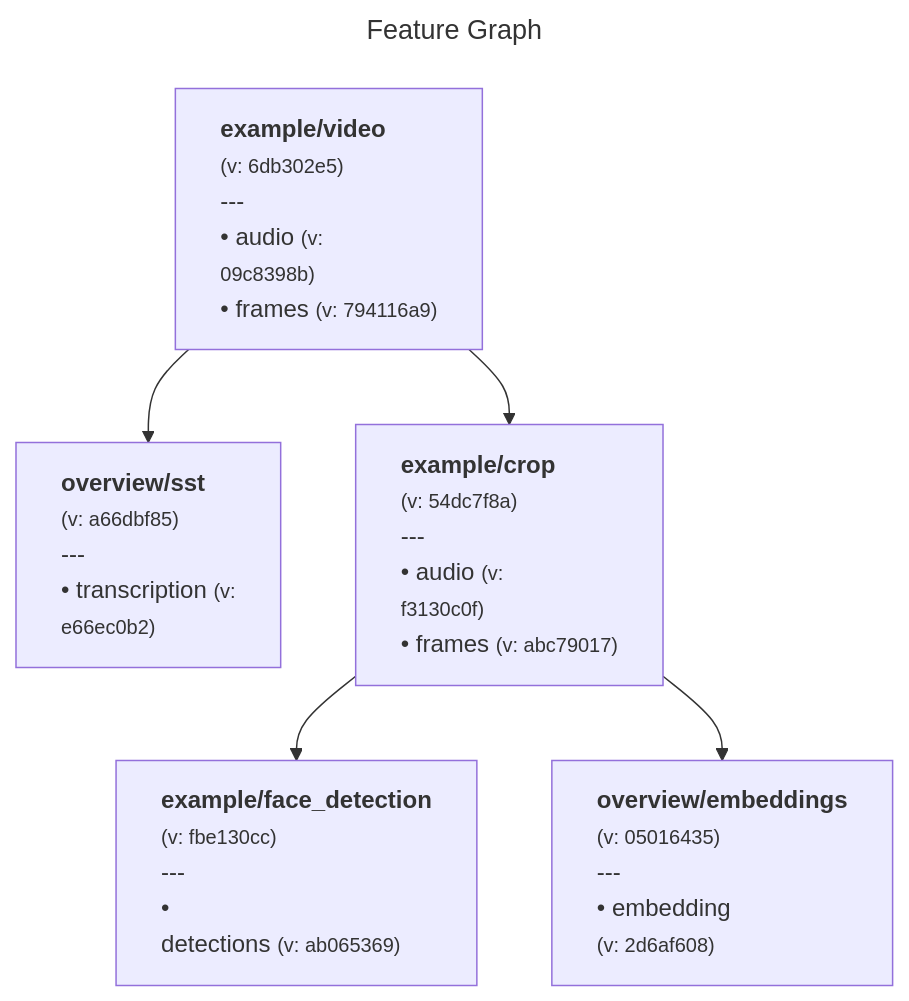
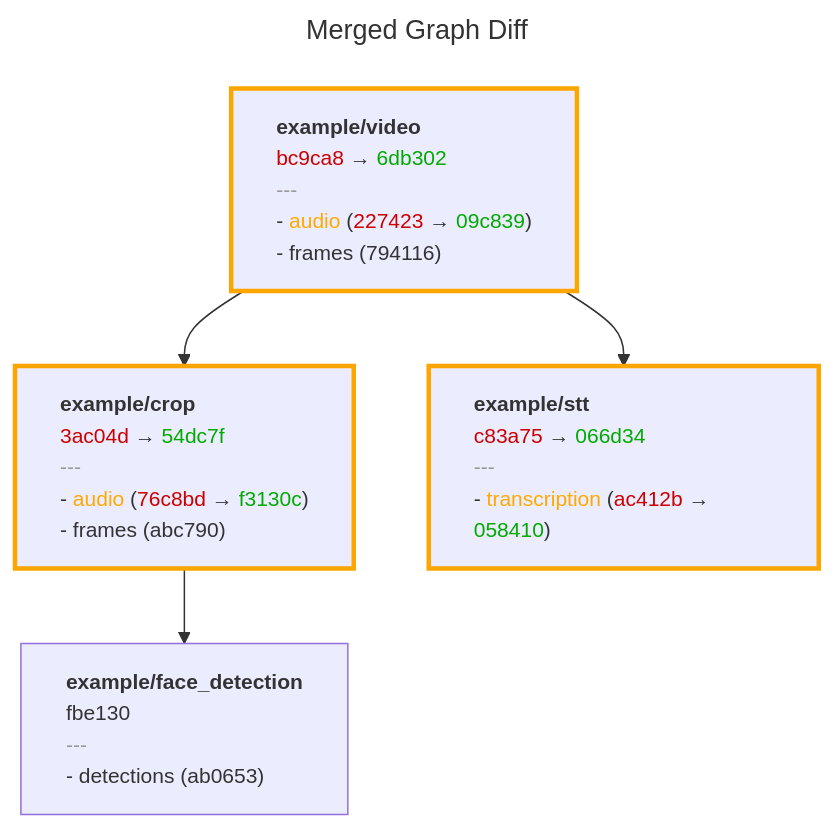
The second of 2 diagrams in README.md (anam-org/metaxy), drawn with Mermaid before and after one commit. The commit also changed other lines of this file and 12 other files, not shown here.

Commit message:
render graph diff

````diff
--- a/README.md
+++ b/README.md
@@ -189,21 +178,19 @@
 ```mermaid
 ---
-title: Feature Graph
+title: Merged Graph Diff
 ---
 flowchart TB
-    %% Snapshot version: f55ef3f1
-        example_video["<div style="text-align:left"><b>example/video</b><br/><small>(v: 6db302e5)</small><br/>---<br/>• audio <small>(v:
-09c8398b)</small><br/>• frames <small>(v: 794116a9)</small></div>"]
-        overview_sst["<div style="text-align:left"><b>overview/sst</b><br/><small>(v: a66dbf85)</small><br/>---<br/>• transcription <small>(v:
-e66ec0b2)</small></div>"]
-        example_crop["<div style="text-align:left"><b>example/crop</b><br/><small>(v: 54dc7f8a)</small><br/>---<br/>• audio <small>(v:
-f3130c0f)</small><br/>• frames <small>(v: abc79017)</small></div>"]
-        overview_embeddings["<div style="text-align:left"><b>overview/embeddings</b><br/><small>(v: 05016435)</small><br/>---<br/>• embedding
-<small>(v: 2d6af608)</small></div>"]
-        example_face_detection["<div style="text-align:left"><b>example/face_detection</b><br/><small>(v: fbe130cc)</small><br/>---<br/>•
-detections <small>(v: ab065369)</small></div>"]
-        example_video --> example_crop
-        example_crop --> example_face_detection
-        example_video --> overview_sst
-        example_crop --> overview_embeddings
+    %%{init: {'flowchart': {'htmlLabels': true, 'curve': 'basis'}, 'themeVariables': {'fontSize': '14px'}}}%%
+
+    example_video["<div style="text-align:left"><b>example/video</b><br/><font color="#CC0000">bc9ca8</font> → <font color="#00AA00">6db302</font><br/><font color="#999">---</font><br/>- <font color="#FFAA00">audio</font> (<font color="#CC0000">227423</font> → <font color="#00AA00">09c839</font>)<br/>- frames (794116)</div>"]
+    style example_video stroke:#FFA500,stroke-width:3px
+    example_crop["<div style="text-align:left"><b>example/crop</b><br/><font color="#CC0000">3ac04d</font> → <font color="#00AA00">54dc7f</font><br/><font color="#999">---</font><br/>- <font color="#FFAA00">audio</font> (<font color="#CC0000">76c8bd</font> → <font color="#00AA00">f3130c</font>)<br/>- frames (abc790)</div>"]
+    style example_crop stroke:#FFA500,stroke-width:3px
+    example_face_detection["<div style="text-align:left"><b>example/face_detection</b><br/>fbe130<br/><font color="#999">---</font><br/>- detections (ab0653)</div>"]
+    example_stt["<div style="text-align:left"><b>example/stt</b><br/><font color="#CC0000">c83a75</font> → <font color="#00AA00">066d34</font><br/><font color="#999">---</font><br/>- <font color="#FFAA00">transcription</font> (<font color="#CC0000">ac412b</font> → <font color="#00AA00">058410</font>)</div>"]
+    style example_stt stroke:#FFA500,stroke-width:3px
+
+    example_video --> example_crop
+    example_crop --> example_face_detection
+    example_video --> example_stt
 ```
````
